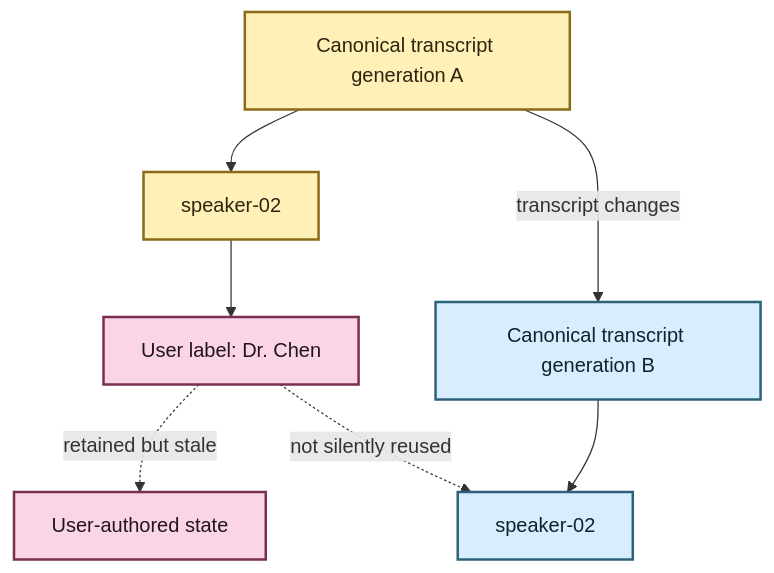
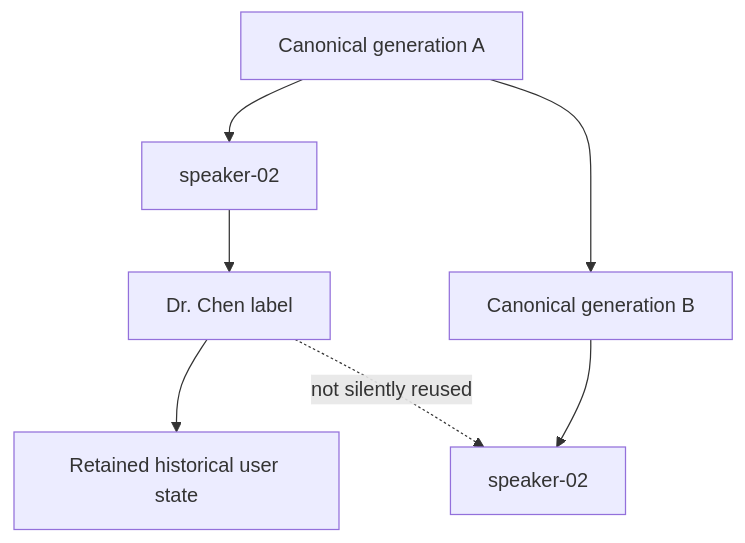
Before and after one commit to SSD1805/EchoFlow: the second of 3 diagrams in docs/speaker-names.md, drawn with Mermaid. The commit also changed other lines of this file, not shown here.

Commit message:
docs: make speaker guide diagrams portable

````diff
--- a/docs/speaker-names.md
+++ b/docs/speaker-names.md
@@ -96,17 +98,9 @@
 ```mermaid
 flowchart TD
-    A[Canonical transcript generation A] --> B[speaker-02]
-    B --> C[User label: Dr. Chen]
-    A -->|transcript changes| D[Canonical transcript generation B]
+    A[Canonical generation A] --> B[speaker-02]
+    B --> C[Dr. Chen label]
+    A --> D[Canonical generation B]
     D --> E[speaker-02]
-    C -. retained but stale .-> F[User-authored state]
+    C --> F[Retained historical user state]
     C -. not silently reused .-> E
-
-    classDef old fill:#FFF0B8,stroke:#8A6B18,stroke-width:2px,color:#2C260F
-    classDef current fill:#D8EEFF,stroke:#2E617B,stroke-width:2px,color:#12222A
-    classDef user fill:#F9D5E5,stroke:#7B2E52,stroke-width:2px,color:#22151B
-
-    class A,B old
-    class D,E current
-    class C,F user
 ```
````
